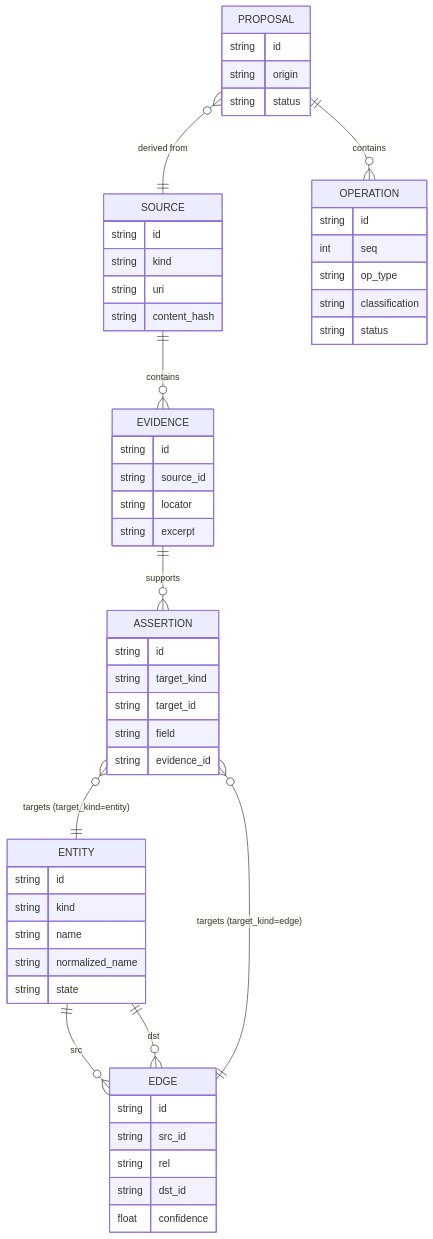
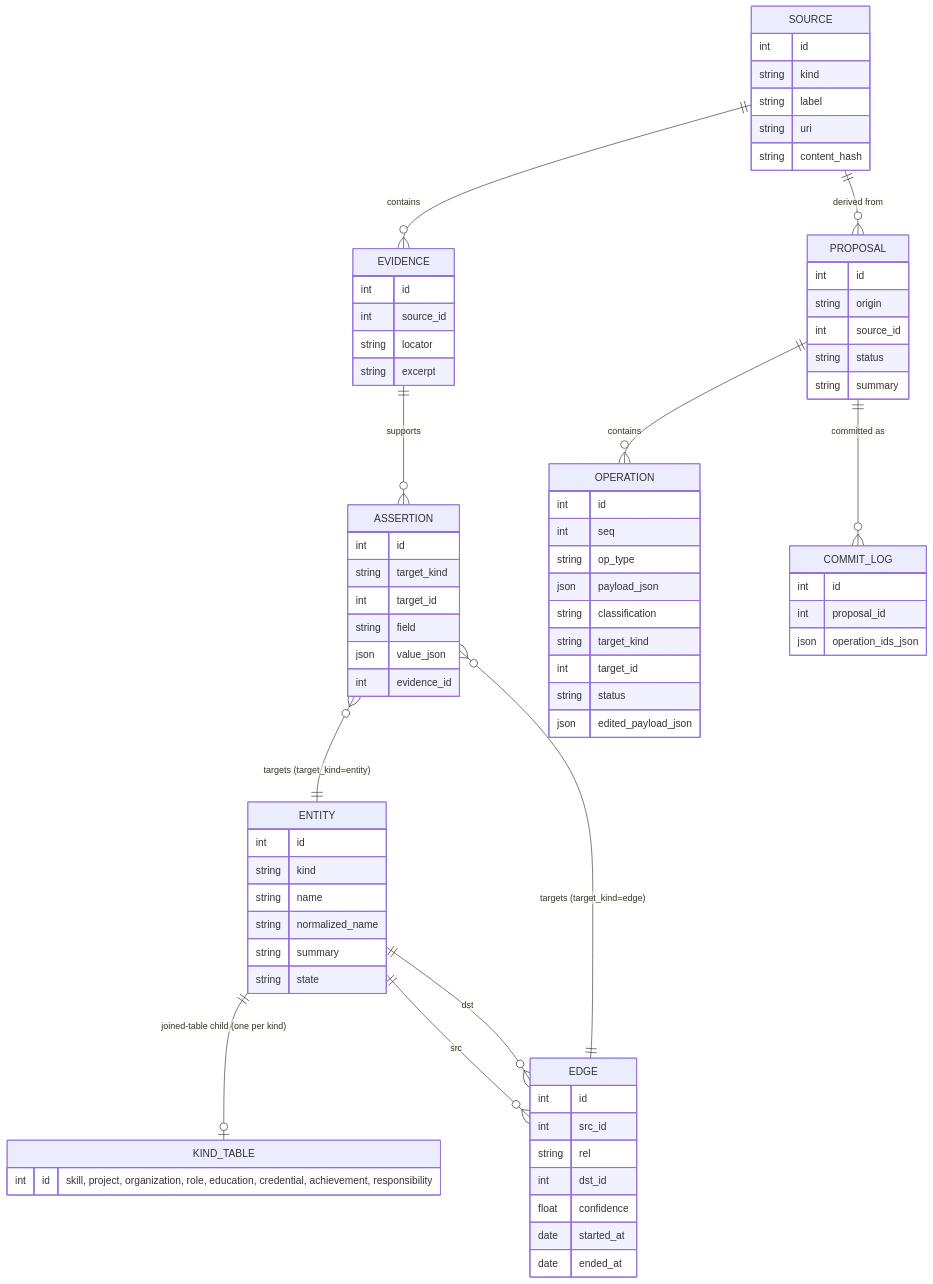
One commit to SelfishCoconut/cvforge changed the first of 2 diagrams in docs/architecture/knowledge-model.md. Above: the diagram before and after it, drawn with Mermaid. The commit also changed other lines of this file and 44 other files, not shown here.

````diff
--- a/docs/architecture/knowledge-model.md
+++ b/docs/architecture/knowledge-model.md
@@ -3,19 +7,23 @@
 ```mermaid
 erDiagram
+  ENTITY ||--o| KIND_TABLE : "joined-table child (one per kind)"
   ENTITY ||--o{ EDGE : "src"
   ENTITY ||--o{ EDGE : "dst"
   SOURCE ||--o{ EVIDENCE : contains
   EVIDENCE ||--o{ ASSERTION : supports
   ASSERTION }o--|| ENTITY : "targets (target_kind=entity)"
   ASSERTION }o--|| EDGE : "targets (target_kind=edge)"
+  SOURCE ||--o{ PROPOSAL : "derived from"
   PROPOSAL ||--o{ OPERATION : contains
-  PROPOSAL }o--|| SOURCE : "derived from"
+  PROPOSAL ||--o{ COMMIT_LOG : "committed as"
 
-  ENTITY { string id string kind string name string normalized_name string state }
-  EDGE { string id string src_id string rel string dst_id float confidence }
-  SOURCE { string id string kind string uri string content_hash }
-  EVIDENCE { string id string source_id string locator string excerpt }
-  ASSERTION { string id string target_kind string target_id string field string evidence_id }
-  PROPOSAL { string id string origin string status }
-  OPERATION { string id int seq string op_type string classification string status }
+  ENTITY { int id string kind string name string normalized_name string summary string state }
+  KIND_TABLE { int id "skill, project, organization, role, education, credential, achievement, responsibility" }
+  EDGE { int id int src_id string rel int dst_id float confidence date started_at date ended_at }
+  SOURCE { int id string kind string label string uri string content_hash }
+  EVIDENCE { int id int source_id string locator string excerpt }
+  ASSERTION { int id string target_kind int target_id string field json value_json int evidence_id }
+  PROPOSAL { int id string origin int source_id string status string summary }
+  OPERATION { int id int seq string op_type json payload_json string classification string target_kind int target_id string status json edited_payload_json }
+  COMMIT_LOG { int id int proposal_id json operation_ids_json }
 ```
````
